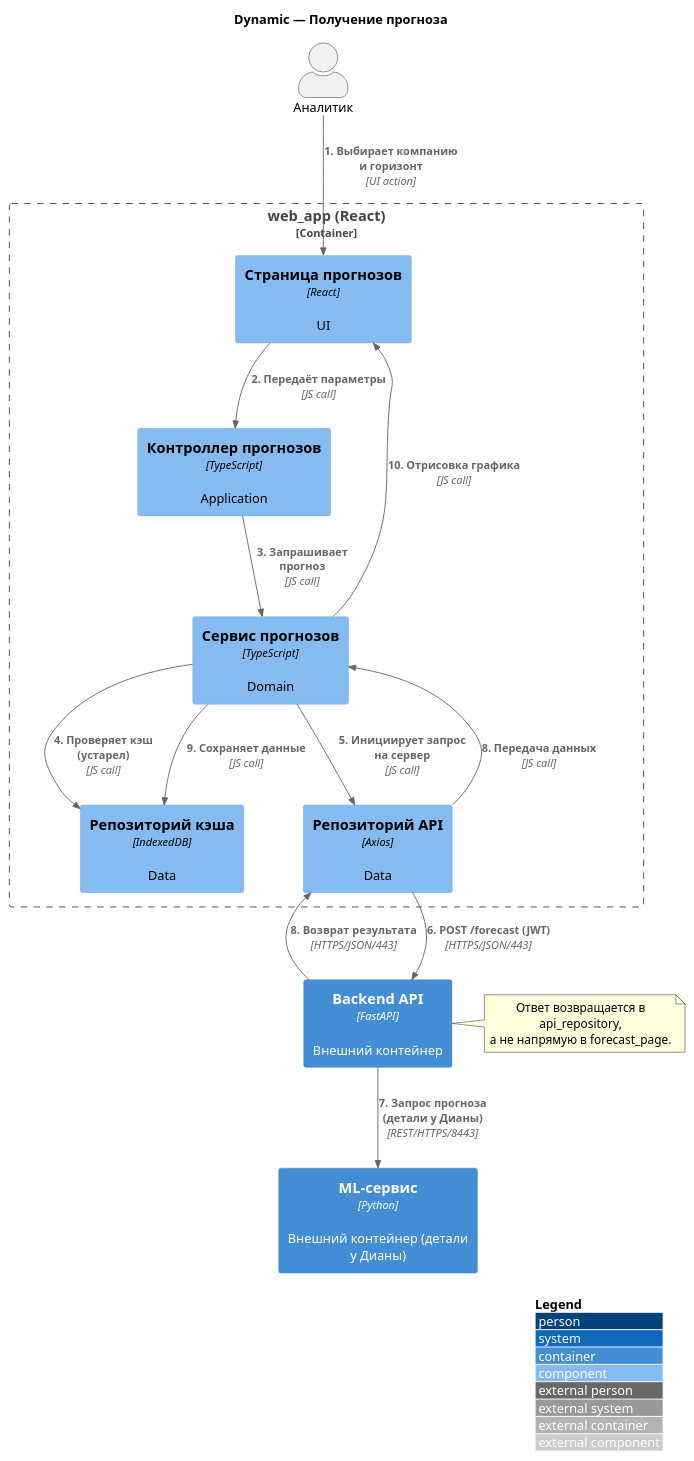
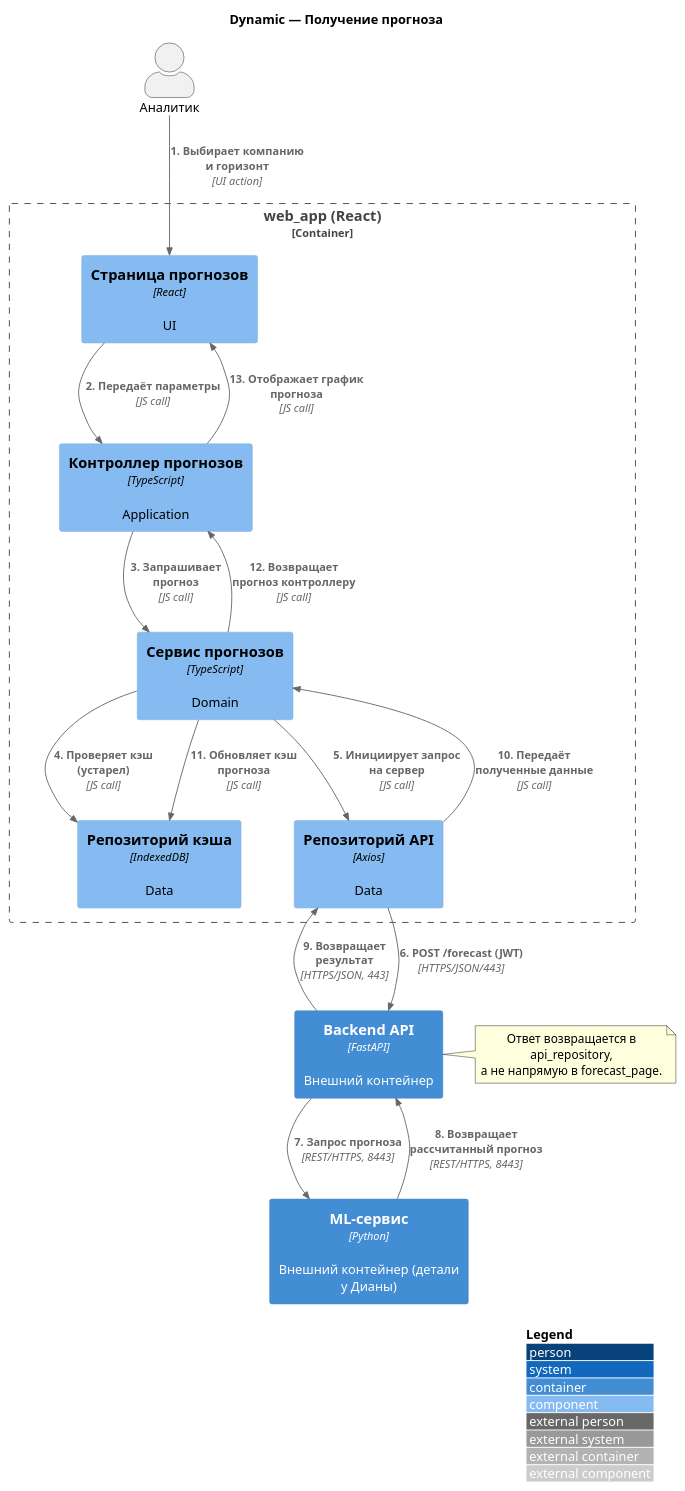
One commit to Jjots/finance-forecast-app changed the diagram in src/lab4/kate/dynamic_kate_forecast.puml. Above: the diagram before and after it, drawn with PlantUML. The commit also changed 1 other file, not shown here.

Commit message:
fix: correct Kate lab4 diagrams

```diff
--- a/src/lab4/kate/dynamic_kate_forecast.puml
+++ b/src/lab4/kate/dynamic_kate_forecast.puml
@@ -1,39 +1,48 @@
 @startuml "Kate dynamic"
 !include <C4/C4_Component>
 LAYOUT_WITH_LEGEND()
 title Dynamic — Получение прогноза 
 
 actor "Аналитик" as analyst
 
 ' Компоненты внутри web_app (из твоего L3)
 Container_Boundary(web_app, "web_app (React)") {
     Component(forecast_page, "Страница прогнозов", "React", "UI")
     Component(forecast_controller, "Контроллер прогнозов", "TypeScript", "Application")
     Component(forecast_service, "Сервис прогнозов", "TypeScript", "Domain")
     Component(cache_repository, "Репозиторий кэша", "IndexedDB", "Data")
     Component(api_repository, "Репозиторий API", "Axios", "Data")
 }
 
 ' Внешние контейнеры
 Container(backend, "Backend API", "FastAPI", "Внешний контейнер")
 Container(ml_service, "ML-сервис", "Python", "Внешний контейнер (детали у Дианы)")
 
 ' Сценарий (строго по шагам)
 Rel(analyst, forecast_page, "1. Выбирает компанию и горизонт", "UI action")
 Rel(forecast_page, forecast_controller, "2. Передаёт параметры", "JS call")
 Rel(forecast_controller, forecast_service, "3. Запрашивает прогноз", "JS call")
 Rel(forecast_service, cache_repository, "4. Проверяет кэш (устарел)", "JS call")
 Rel(forecast_service, api_repository, "5. Инициирует запрос на сервер", "JS call")
 Rel(api_repository, backend, "6. POST /forecast (JWT)", "HTTPS/JSON/443")
-Rel(backend, ml_service, "7. Запрос прогноза (детали у Дианы)", "REST/HTTPS/8443")
-Rel(backend, api_repository, "8. Возврат результата", "HTTPS/JSON/443")
-Rel(api_repository, forecast_service, "8. Передача данных", "JS call")
-Rel(forecast_service, cache_repository, "9. Сохраняет данные", "JS call")
-Rel(forecast_service, forecast_page, "10. Отрисовка графика", "JS call")
+
+Rel(backend, ml_service, "7. Запрос прогноза", "REST/HTTPS, 8443")
+
+Rel(ml_service, backend, "8. Возвращает рассчитанный прогноз", "REST/HTTPS, 8443")
+
+Rel(backend, api_repository, "9. Возвращает результат", "HTTPS/JSON, 443")
+
+Rel(api_repository, forecast_service, "10. Передаёт полученные данные", "JS call")
+
+Rel(forecast_service, cache_repository, "11. Обновляет кэш прогноза", "JS call")
+
+Rel(forecast_service, forecast_controller, "12. Возвращает прогноз контроллеру", "JS call")
+
+Rel(forecast_controller, forecast_page, "13. Отображает график прогноза", "JS call")
 
 note right of backend
   Ответ возвращается в api_repository,
   а не напрямую в forecast_page.
 end note
 
 @enduml
```
